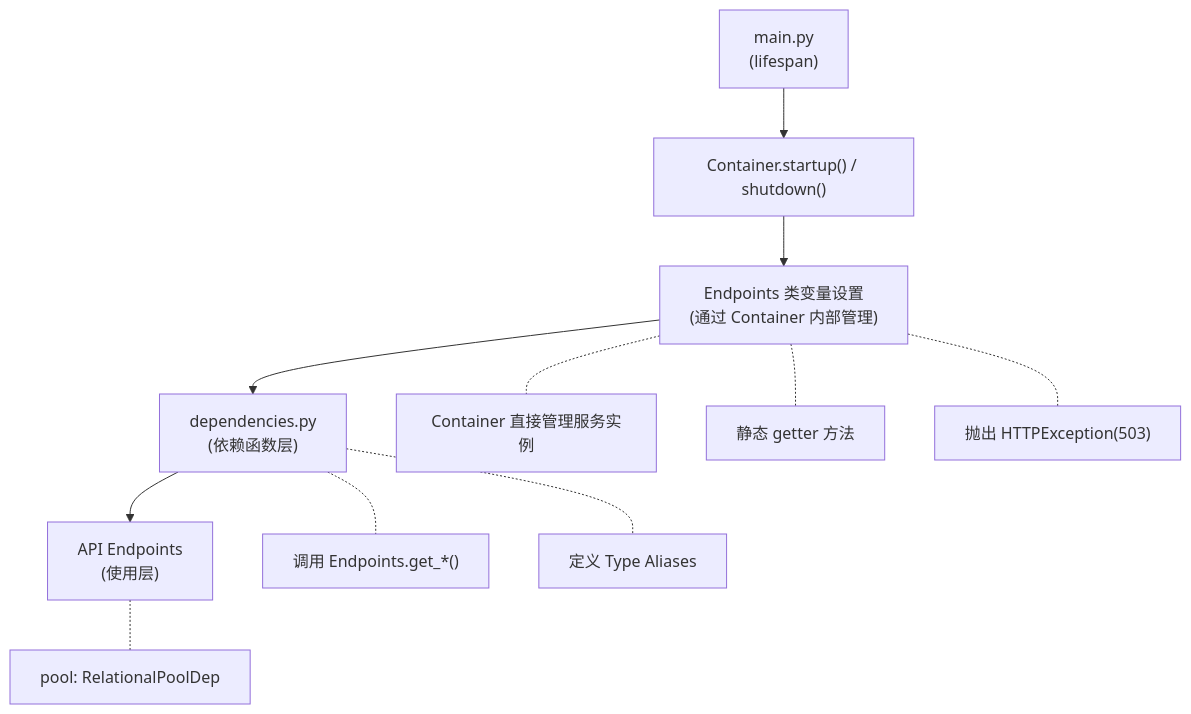
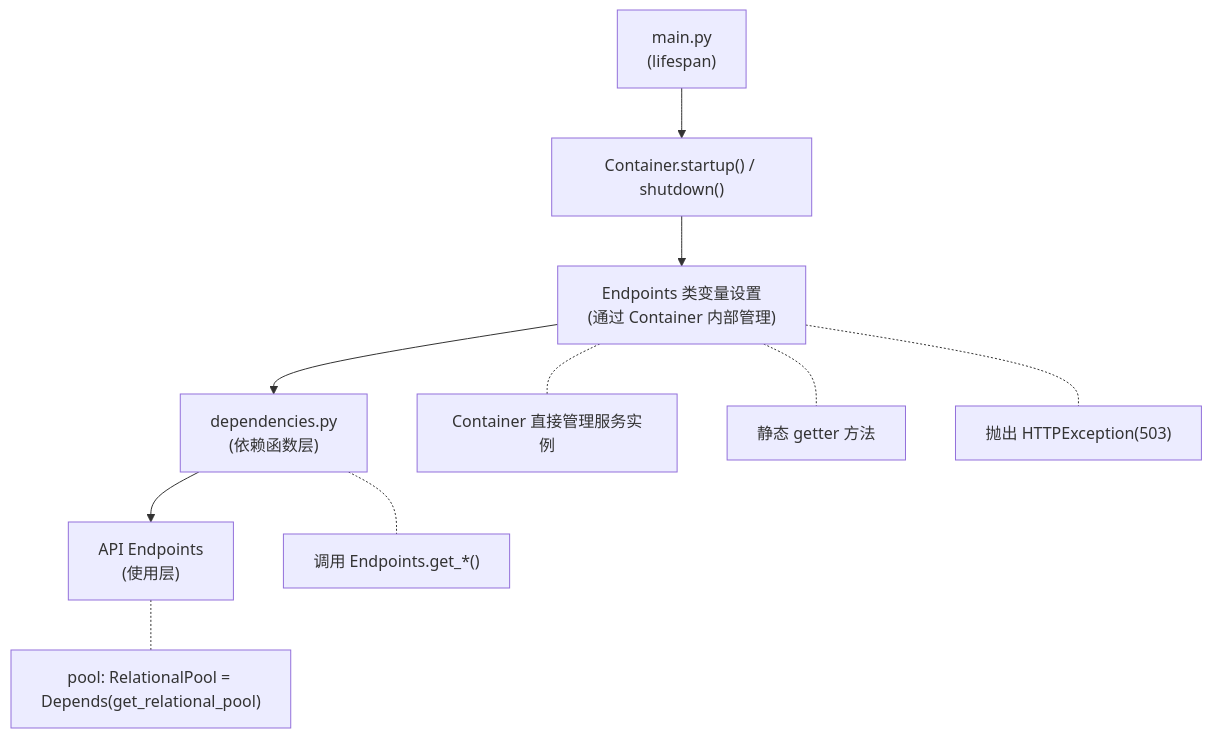
One commit to Kirky-X/weaver changed the first of 7 diagrams in docs/ARCHITECTURE.md. Above: the diagram before and after it, drawn with Mermaid. The commit also changed other lines of this file and 2 other files, not shown here.

````diff
--- a/docs/ARCHITECTURE.md
+++ b/docs/ARCHITECTURE.md
@@ -59,14 +59,13 @@
 ```mermaid
 graph TD
     A["main.py<br/>(lifespan)"] --> B["Container.startup() / shutdown()"]
     B --> C["Endpoints 类变量设置<br/>(通过 Container 内部管理)"]
     C --> D["dependencies.py<br/>(依赖函数层)"]
     D --> E["API Endpoints<br/>(使用层)"]
 
     C -.- C1["Container 直接管理服务实例"]
     C -.- C2["静态 getter 方法"]
     C -.- C3["抛出 HTTPException(503)"]
     D -.- D1["调用 Endpoints.get_*()"]
-    D -.- D2["定义 Type Aliases"]
-    E -.- E1["pool: RelationalPoolDep"]
+    E -.- E1["pool: RelationalPool = Depends(get_relational_pool)"]
 ```
````
